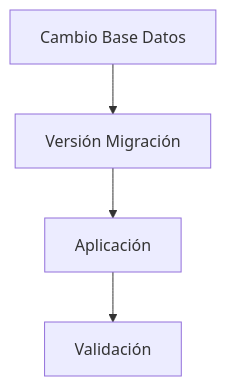
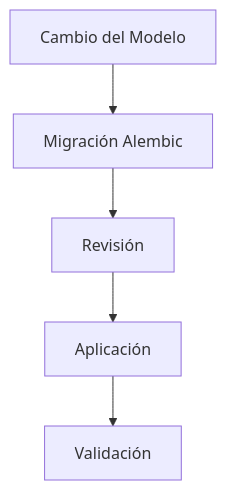
One commit to chirijose79-ui/Chiri changed the fifth of 5 diagrams in docs/210_BaseDatos_Implementacion.md. Above: the diagram before and after it, drawn with Mermaid. The commit also changed other lines of this file, not shown here.

Commit message:
docs(database): add database implementation architecture

````diff
--- a/docs/210_BaseDatos_Implementacion.md
+++ b/docs/210_BaseDatos_Implementacion.md
@@ -241,11 +526,14 @@
-```mermaid id="e5p7qn"
+```mermaid
 flowchart TD
-    Cambio --> Version
-    Version --> Aplicacion
-    Aplicacion --> Validacion
 
-    Cambio["Cambio Base Datos"]
-    Version["Versión Migración"]
-    Aplicacion["Aplicación"]
-    Validacion["Validación"]
+    Change["Cambio del Modelo"]
+    Migration["Migración Alembic"]
+    Review["Revisión"]
+    Apply["Aplicación"]
+    Validate["Validación"]
+
+    Change --> Migration
+    Migration --> Review
+    Review --> Apply
+    Apply --> Validate
 ```
````
